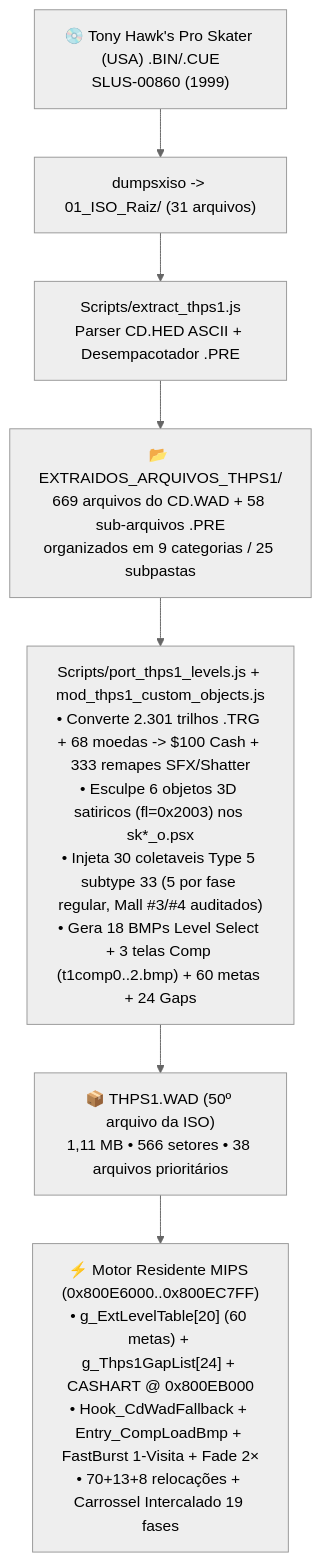
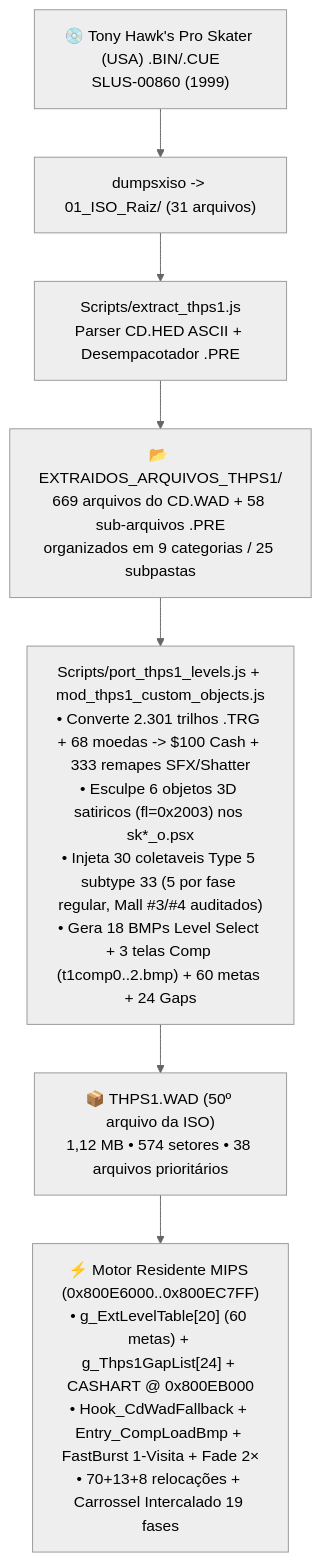
The diagram in Docs/MAPA_14_THPS1_ARQUIVOS_E_ENGENHARIA_REVERSA.md (WagnerxOliveira/Tony_Hawk-s_Pro_Skater_2_Mod_PSX), drawn with Mermaid (neutral theme) before and after one commit. The commit also changed other lines of this file and 6 other files, not shown here.

````diff
--- a/Docs/MAPA_14_THPS1_ARQUIVOS_E_ENGENHARIA_REVERSA.md
+++ b/Docs/MAPA_14_THPS1_ARQUIVOS_E_ENGENHARIA_REVERSA.md
@@ -24,9 +24,9 @@
 ```mermaid
 flowchart TB
     ISO["💿 Tony Hawk's Pro Skater (USA) .BIN/.CUE<br/>SLUS-00860 (1999)"] --> DUMP["dumpsxiso -> 01_ISO_Raiz/ (31 arquivos)"]
     DUMP --> EXT["Scripts/extract_thps1.js<br/>Parser CD.HED ASCII + Desempacotador .PRE"]
     EXT --> TREE["📂 EXTRAIDOS_ARQUIVOS_THPS1/<br/>669 arquivos do CD.WAD + 58 sub-arquivos .PRE<br/>organizados em 9 categorias / 25 subpastas"]
     TREE --> PORT["Scripts/port_thps1_levels.js + mod_thps1_custom_objects.js<br/>• Converte 2.301 trilhos .TRG + 68 moedas -> $100 Cash + 333 remapes SFX/Shatter<br/>• Esculpe 6 objetos 3D satiricos (fl=0x2003) nos sk*_o.psx<br/>• Injeta 30 coletaveis Type 5 subtype 33 (5 por fase regular, Mall #3/#4 auditados)<br/>• Gera 18 BMPs Level Select + 3 telas Comp (t1comp0..2.bmp) + 60 metas + 24 Gaps"]
-    PORT --> WAD["📦 THPS1.WAD (50º arquivo da ISO)<br/>1,11 MB • 566 setores • 38 arquivos prioritários"]
+    PORT --> WAD["📦 THPS1.WAD (50º arquivo da ISO)<br/>1,12 MB • 574 setores • 38 arquivos prioritários"]
     WAD --> ENG["⚡ Motor Residente MIPS (0x800E6000..0x800EC7FF)<br/>• g_ExtLevelTable[20] (60 metas) + g_Thps1GapList[24] + CASHART @ 0x800EB000<br/>• Hook_CdWadFallback + Entry_CompLoadBmp + FastBurst 1-Visita + Fade 2×<br/>• 70+13+8 relocações + Carrossel Intercalado 19 fases"]
 ```
````
